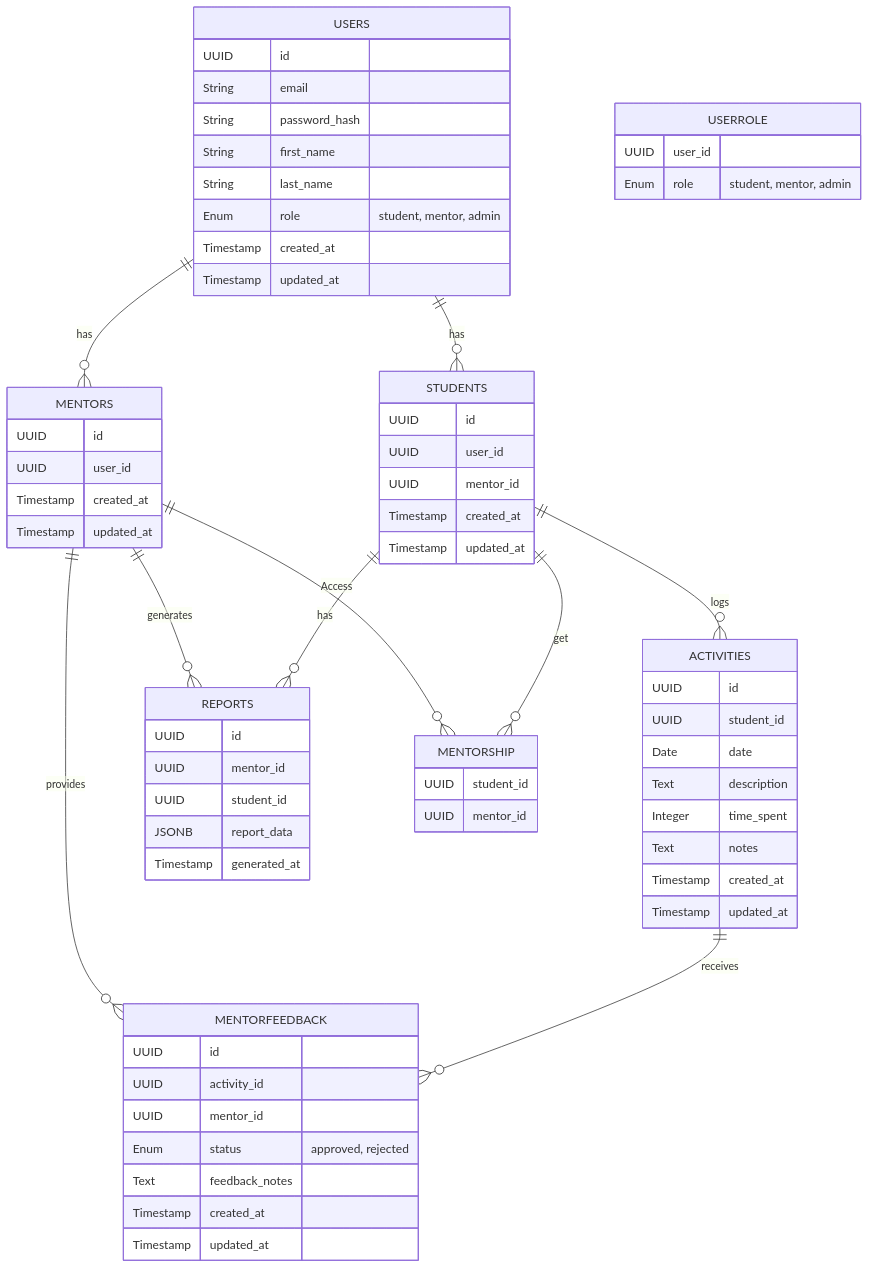
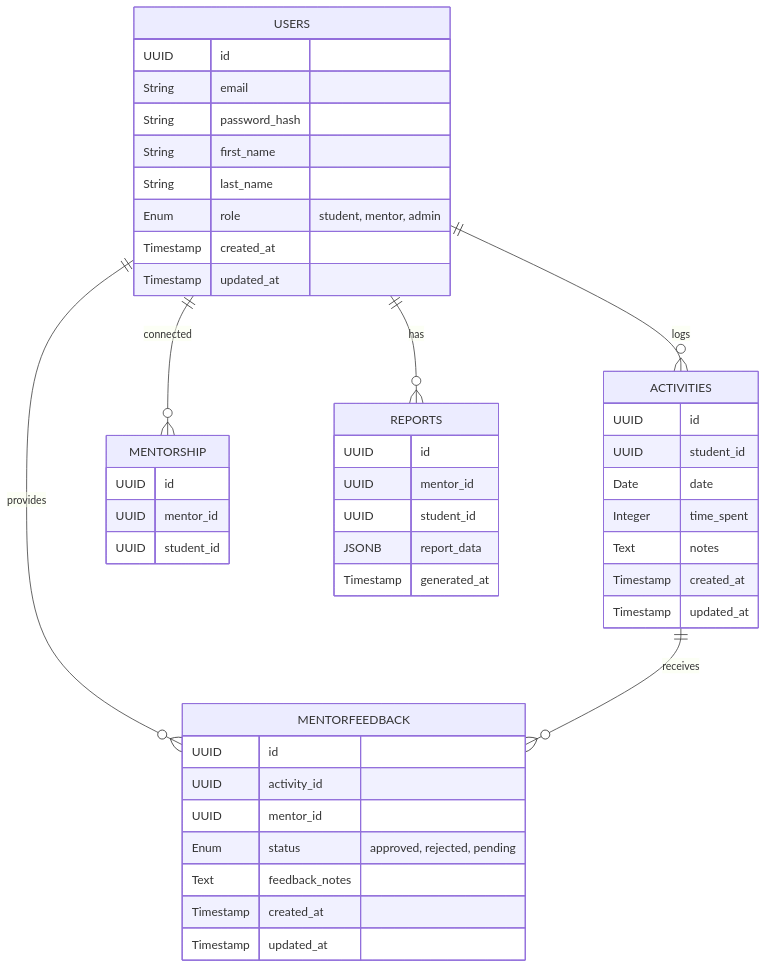
Before and after one commit to tracet2t/Digital-Logbook: the diagram in docs/schema/README.md, drawn with Mermaid. The commit also changed other lines of this file, not shown here.

Commit message:
removed student,mentor tables

````diff
--- a/docs/schema/README.md
+++ b/docs/schema/README.md
@@ -107,78 +90,55 @@
 ```mermaid
 erDiagram
     USERS {
         UUID id
         String email
         String password_hash
         String first_name
         String last_name
         Enum role "student, mentor, admin"
         Timestamp created_at
         Timestamp updated_at
     }
     
-    STUDENTS {
-        UUID id
-        UUID user_id
-        UUID mentor_id
-        Timestamp created_at
-        Timestamp updated_at
-    }
-
-    MENTORS {
-        UUID id
-        UUID user_id
-        Timestamp created_at
-        Timestamp updated_at
-    }
 
     ACTIVITIES {
         UUID id
         UUID student_id
         Date date
-        Text description
         Integer time_spent
         Text notes
         Timestamp created_at
         Timestamp updated_at
     }
 
     MENTORFEEDBACK {
         UUID id
         UUID activity_id
         UUID mentor_id
-        Enum status "approved, rejected"
+        Enum status "approved, rejected, pending"
         Text feedback_notes
         Timestamp created_at
         Timestamp updated_at
+    }
+    
+    MENTORSHIP {
+        UUID id
+        UUID mentor_id
+        UUID student_id
     }
 
     REPORTS {
         UUID id
         UUID mentor_id
         UUID student_id
         JSONB report_data
         Timestamp generated_at
     }
 
-    USERROLE {
-        UUID user_id
-        Enum role "student, mentor, admin"
-    }
-
-    MENTORSHIP{
-        UUID student_id
-        UUID mentor_id
-    }
-
-    USERS ||--o{ STUDENTS : "has"
-    USERS ||--o{ MENTORS : "has"
-    STUDENTS ||--o{ ACTIVITIES : "logs"
-    MENTORS ||--o{ MENTORFEEDBACK : "provides"
+    USERS ||--o{ REPORTS : "has"
+    USERS ||--o{ MENTORSHIP : "connected"
+    USERS ||--o{ ACTIVITIES : "logs"
+    USERS ||--o{ MENTORFEEDBACK : "provides"
     ACTIVITIES ||--o{ MENTORFEEDBACK : "receives"
-    MENTORS ||--o{ REPORTS : "generates"
-    STUDENTS ||--o{ REPORTS : "has"
-    MENTORS||--o{MENTORSHIP: "Access"
-    STUDENTS ||--o{MENTORSHIP: "get"
 
 ```
````
